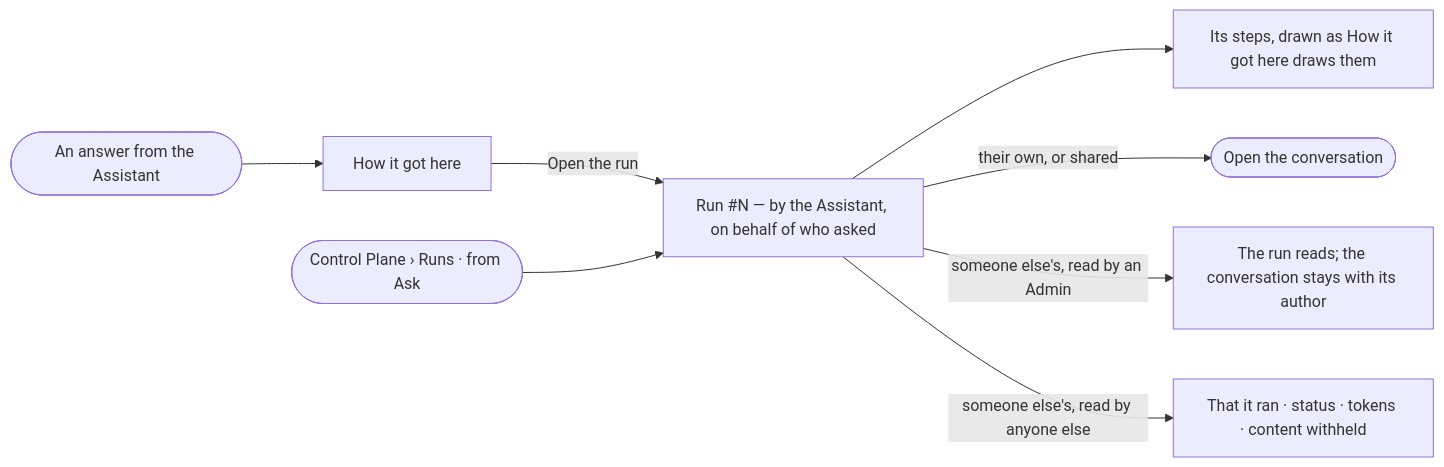
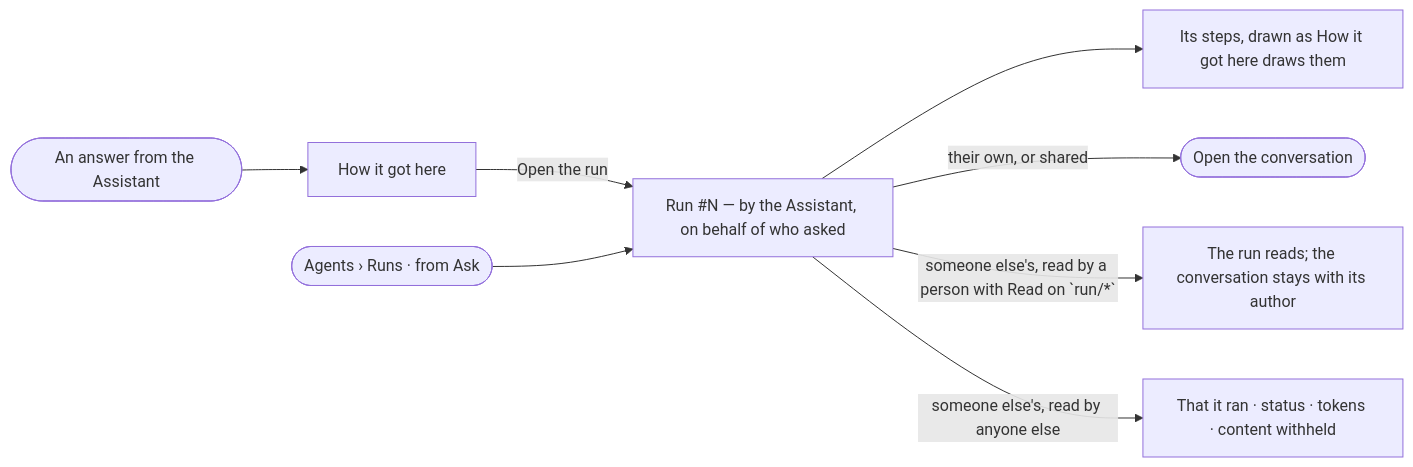
Before and after one commit to invana/invana: the diagram in specs/os/control/features/CP-F10-runs-and-how-the-agents-are-doing/stories/CP-52-read-an-answers-run-like-any-run/story.md, drawn with Mermaid. The commit also changed other lines of this file and 456 other files, not shown here.

````diff
--- a/specs/os/control/features/CP-F10-runs-and-how-the-agents-are-doing/stories/CP-52-read-an-answers-run-like-any-run/story.md
+++ b/specs/os/control/features/CP-F10-runs-and-how-the-agents-are-doing/stories/CP-52-read-an-answers-run-like-any-run/story.md
@@ -26,10 +26,10 @@
 ```mermaid
 flowchart LR
   e([An answer from the Assistant]) --> h["How it got here"]
   h -->|Open the run| r["Run #N — by the Assistant, on behalf of who asked"]
-  l([Control Plane › Runs · from Ask]) --> r
+  l([Agents › Runs · from Ask]) --> r
   r --> s["Its steps, drawn as How it got here draws them"]
   r -->|their own, or shared| c(["Open the conversation"])
-  r -->|someone else's, read by an Admin| x["The run reads; the conversation stays with its author"]
+  r -->|someone else's, read by a person with Read on `run/*`| x["The run reads; the conversation stays with its author"]
   r -->|someone else's, read by anyone else| w["That it ran · status · tokens · content withheld"]
 ```
````
